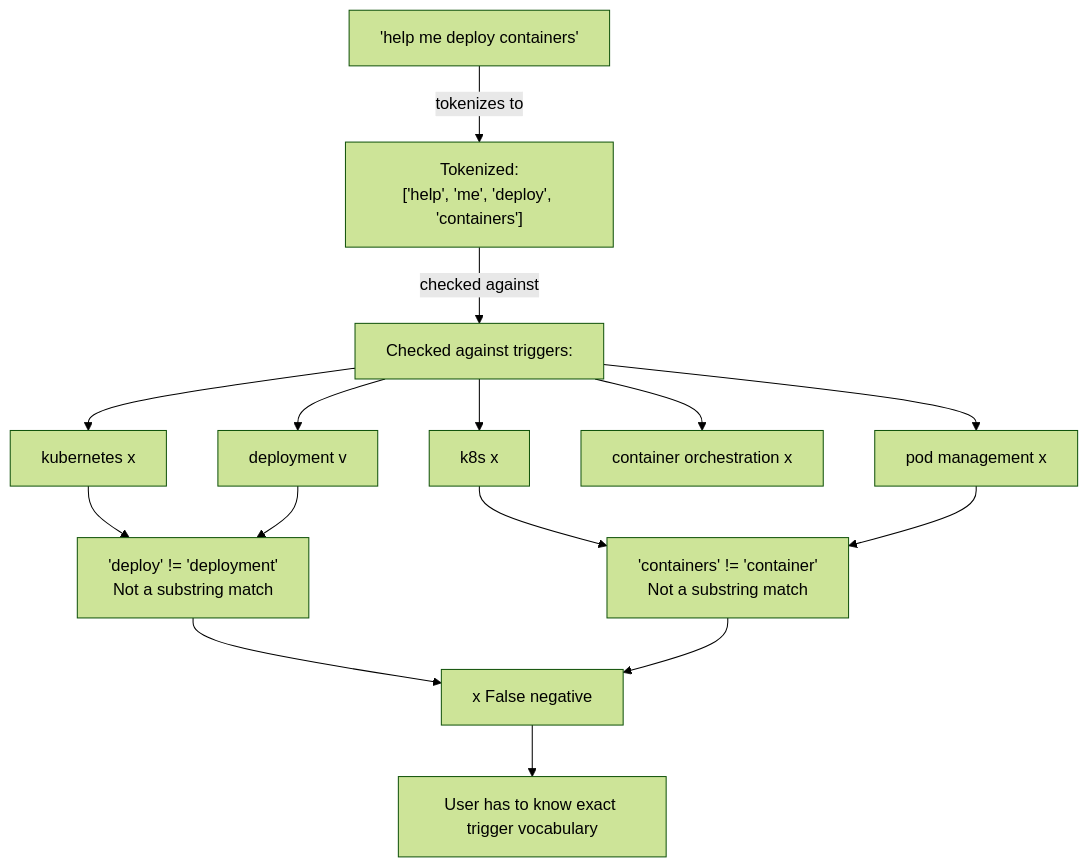
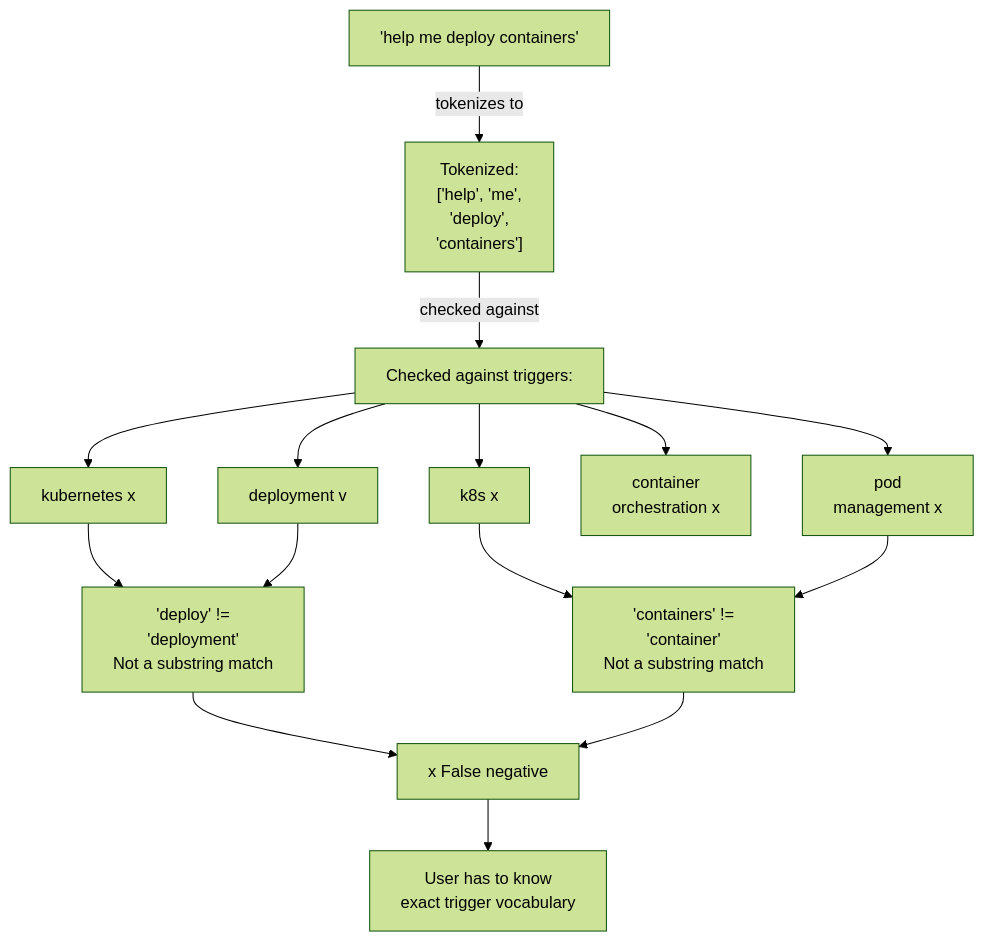
The second of 10 diagrams in docs/skill-evolution.md (paulpas/agent-skill-router), drawn with Mermaid (forest theme) before and after one commit. The commit also changed other lines of this file and 7 other files, not shown here.

````diff
--- a/docs/skill-evolution.md
+++ b/docs/skill-evolution.md
@@ -120,20 +120,20 @@
 ```mermaid
 flowchart TD
-    A["'help me deploy containers'"] -->|"tokenizes to"| B["Tokenized:<br/>['help', 'me', 'deploy', 'containers']"]
+    A["'help me deploy containers'"] -->|"tokenizes to"| B["Tokenized:<br/>['help', 'me',<br/>'deploy',<br/>'containers']"]
     B -->|"checked against"| C["Checked against triggers:"]
     C --> D["kubernetes x"]
     C --> E["k8s x"]
     C --> F["deployment v"]
-    C --> G["container orchestration x"]
-    C --> H["pod management x"]
-    
-    D --> I["'deploy' != 'deployment'<br/>Not a substring match"]
+    C --> G["container<br/>orchestration x"]
+    C --> H["pod<br/>management x"]
+
+    D --> I["'deploy' !=<br/>'deployment'<br/>Not a substring match"]
     F --> I
-    E --> J["'containers' != 'container'<br/>Not a substring match"]
+    E --> J["'containers' !=<br/>'container'<br/>Not a substring match"]
     H --> J
-    
+
     I --> K["x False negative"]
     J --> K
-    
-    K --> L["User has to know exact trigger vocabulary"]
+
+    K --> L["User has to know<br/>exact trigger vocabulary"]
 ```
````
